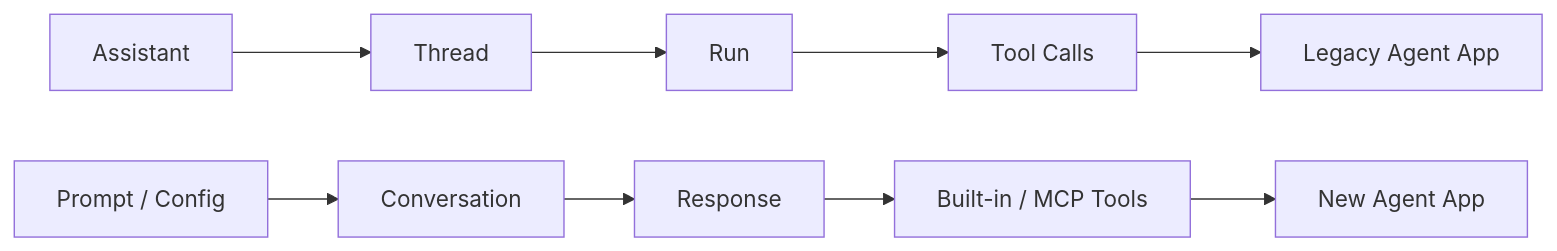
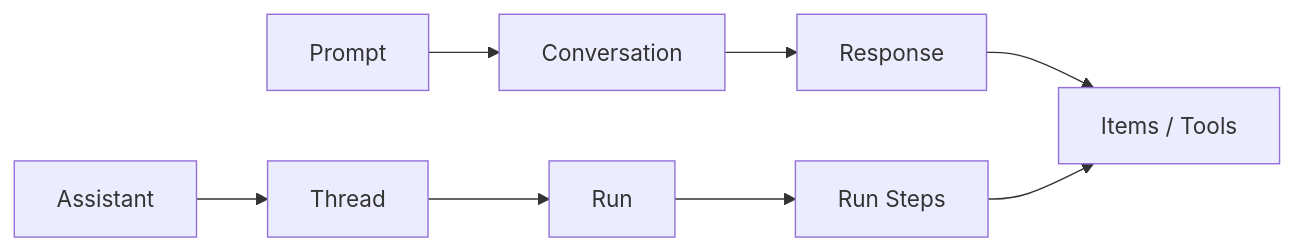
One commit to wlf186/ai-daily-headlines changed diagram 18 of 22 in 260827.md. Above: the diagram before and after it, drawn with Mermaid. The commit also changed other lines of this file, not shown here.

````diff
--- a/260827.md
+++ b/260827.md
@@ -658,11 +756,10 @@
 ```mermaid
 flowchart LR
-    OA1[Assistant] --> OA2[Thread]
-    OA2 --> OA3[Run]
-    OA3 --> OA4[Tool Calls]
-    OA4 --> OA5[Legacy Agent App]
-    NB1[Prompt / Config] --> NB2[Conversation]
-    NB2 --> NB3[Response]
-    NB3 --> NB4[Built-in / MCP Tools]
-    NB4 --> NB5[New Agent App]
+    O1[Assistant] --> O2[Thread]
+    O2 --> O3[Run]
+    O3 --> O4[Run Steps]
+    N1[Prompt] --> N2[Conversation]
+    N2 --> N3[Response]
+    N3 --> N4[Items / Tools]
+    O4 --> N4
 ```
````
